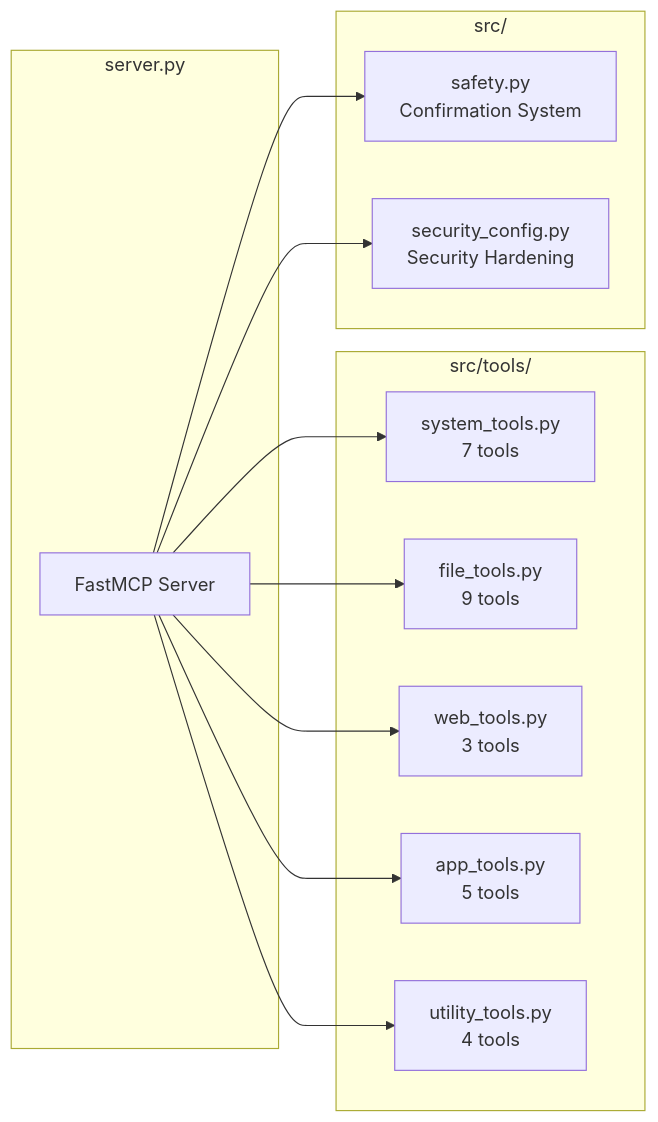
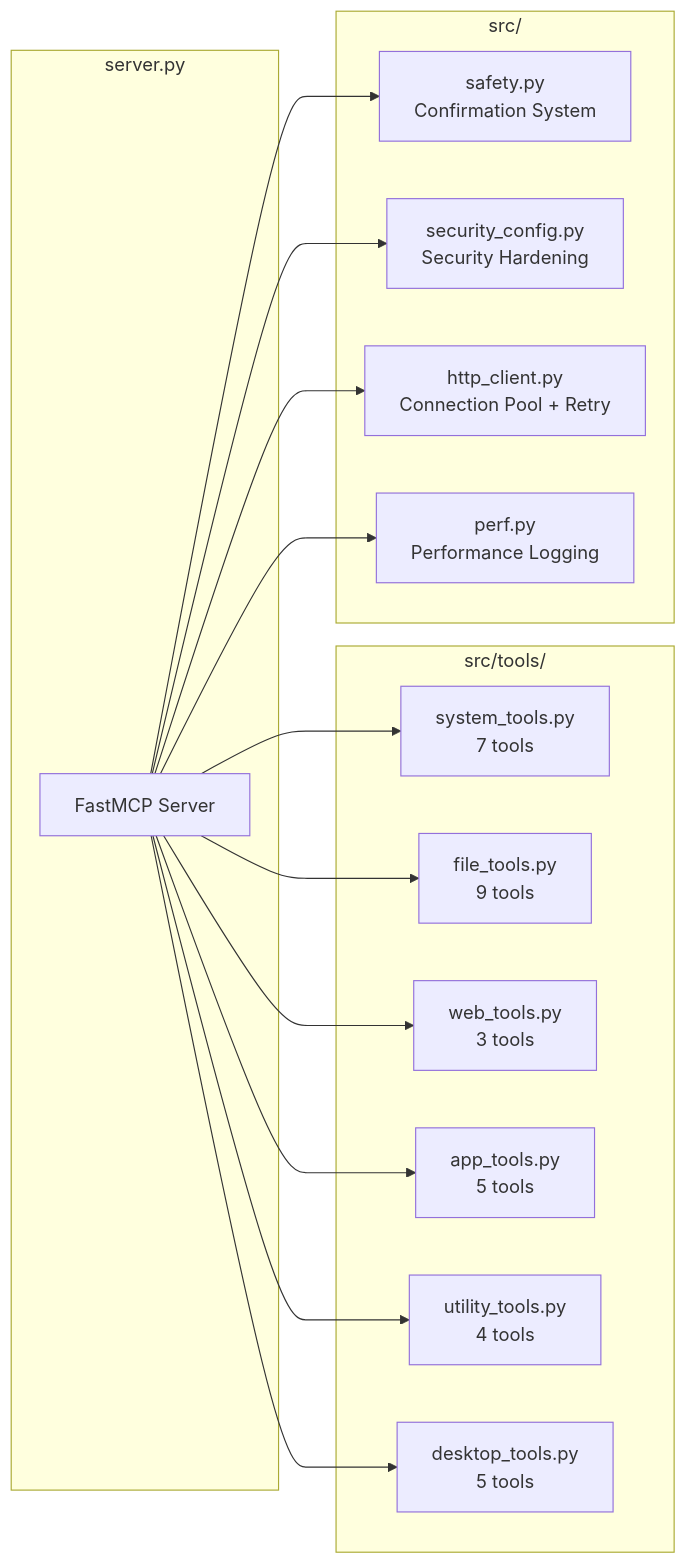
One commit to ViswaSrimaan/mcp_servers changed the second of 3 diagrams in README.md. Above: the diagram before and after it, drawn with Mermaid. The commit also changed other lines of this file and 10 other files, not shown here.

````diff
--- a/README.md
+++ b/README.md
@@ -79,27 +88,33 @@
 ```mermaid
 graph LR
     subgraph "server.py"
         A[FastMCP Server]
     end
 
     subgraph "src/tools/"
         B[system_tools.py<br/>7 tools]
         C[file_tools.py<br/>9 tools]
         D[web_tools.py<br/>3 tools]
         E[app_tools.py<br/>5 tools]
         F[utility_tools.py<br/>4 tools]
+        F2[desktop_tools.py<br/>5 tools]
     end
 
     subgraph "src/"
         G[safety.py<br/>Confirmation System]
         H[security_config.py<br/>Security Hardening]
+        I[http_client.py<br/>Connection Pool + Retry]
+        J[perf.py<br/>Performance Logging]
     end
 
     A --> B
     A --> C
     A --> D
     A --> E
     A --> F
+    A --> F2
     A --> G
     A --> H
+    A --> I
+    A --> J
 ```
````
